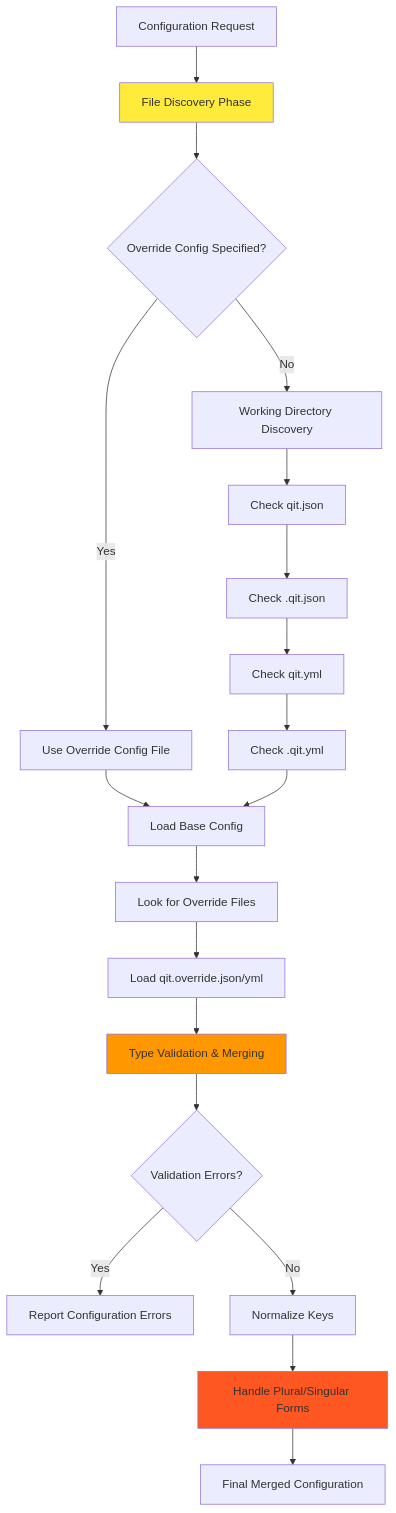
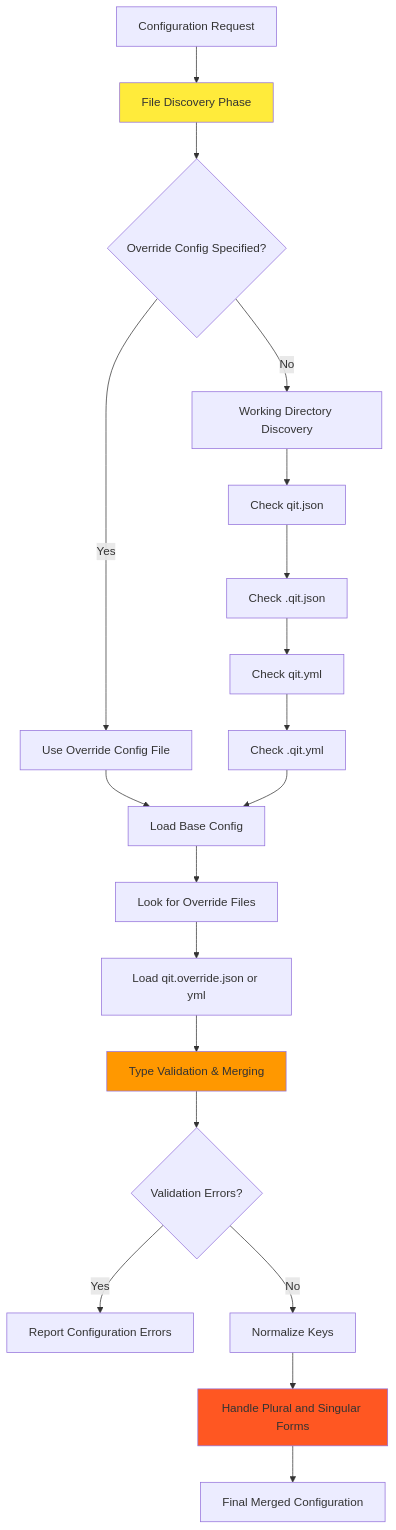
One commit to woocommerce/qit-cli changed the second of 9 diagrams in src/src/PreCommand/README.md. Above: the diagram before and after it, drawn with Mermaid. The commit also changed other lines of this file and 3 other files, not shown here.

First line of the commit message:
Fix Mermaid diagram syntax issues

````diff
--- a/src/src/PreCommand/README.md
+++ b/src/src/PreCommand/README.md
@@ -52,30 +52,30 @@
 ```mermaid
 flowchart TD
     A[Configuration Request] --> B[File Discovery Phase]
     B --> C{Override Config Specified?}
     C -->|Yes| D[Use Override Config File]
     C -->|No| E[Working Directory Discovery]
 
     E --> F[Check qit.json]
     F --> G[Check .qit.json]
     G --> H[Check qit.yml]
     H --> I[Check .qit.yml]
 
     D --> J[Load Base Config]
     I --> J
 
     J --> K[Look for Override Files]
-    K --> L[Load qit.override.json/yml]
+    K --> L[Load qit.override.json or yml]
     L --> M[Type Validation & Merging]
 
     M --> N{Validation Errors?}
     N -->|Yes| O[Report Configuration Errors]
     N -->|No| P[Normalize Keys]
 
-    P --> Q[Handle Plural/Singular Forms]
+    P --> Q[Handle Plural and Singular Forms]
     Q --> R[Final Merged Configuration]
 
     style B fill:#ffeb3b
     style M fill:#ff9800
     style Q fill:#ff5722
 ```
````
